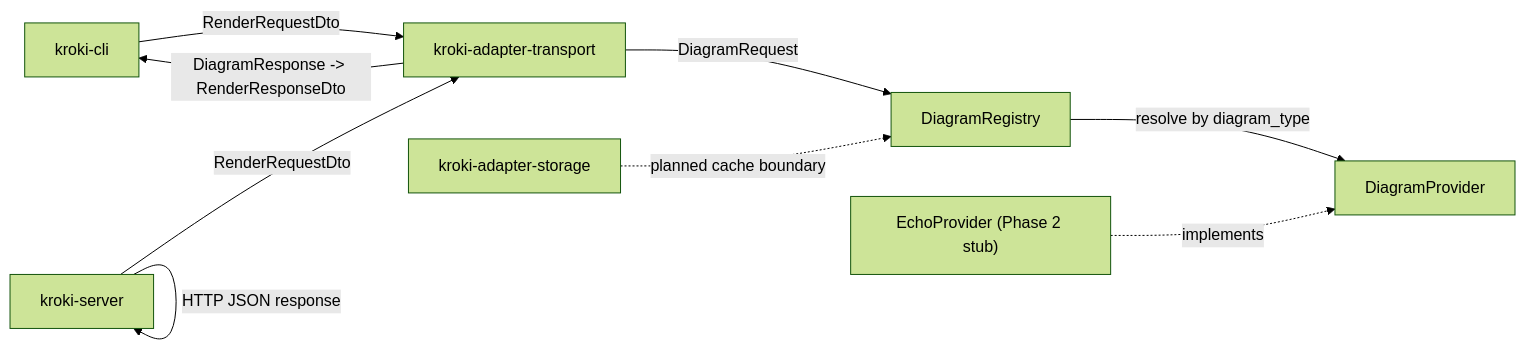
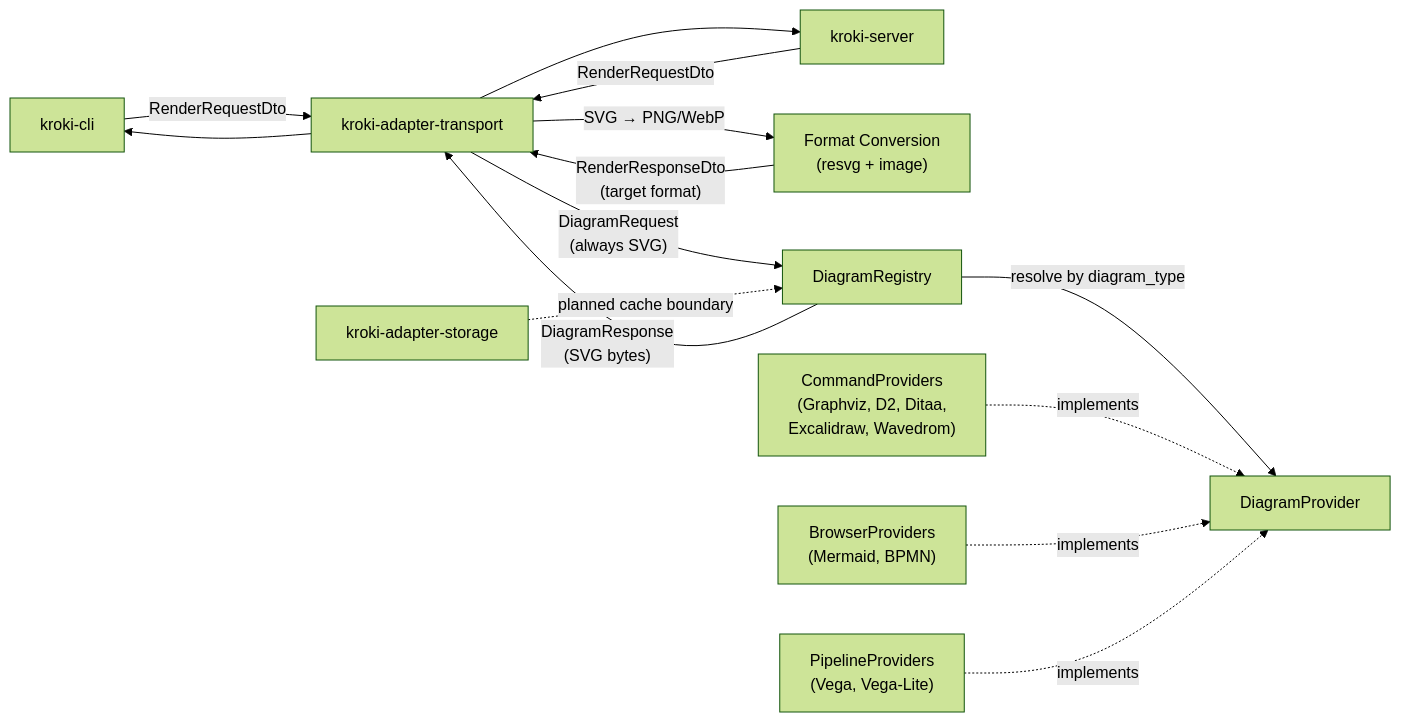
Before and after one commit to softmentor/kroki-rs-nxt: the second of 5 diagrams in docs/developer-guide/02-design/architecture.md, drawn with Mermaid (forest theme). The commit also changed other lines of this file and 7 other files, not shown here.

Commit message:
feat: Finalize Phase 3 with all core diagram providers, implement SVG to raster image conversion, and update developer and user guides.

````diff
--- a/docs/developer-guide/02-design/architecture.md
+++ b/docs/developer-guide/02-design/architecture.md
@@ -124,19 +128,27 @@
 ```mermaid
 flowchart LR
     CLI["kroki-cli"]
     SERVER["kroki-server"]
     TRANSPORT["kroki-adapter-transport"]
+    CONV["Format Conversion<br/>(resvg + image)"]
     STORAGE["kroki-adapter-storage"]
     REGISTRY["DiagramRegistry"]
     PROVIDER["DiagramProvider"]
-    ECHO["EchoProvider (Phase 2 stub)"]
+    CMD["CommandProviders<br/>(Graphviz, D2, Ditaa,<br/>Excalidraw, Wavedrom)"]
+    BROWSER["BrowserProviders<br/>(Mermaid, BPMN)"]
+    PIPELINE["PipelineProviders<br/>(Vega, Vega-Lite)"]
 
     CLI -->|"RenderRequestDto"| TRANSPORT
     SERVER -->|"RenderRequestDto"| TRANSPORT
-    TRANSPORT -->|"DiagramRequest"| REGISTRY
+    TRANSPORT -->|"DiagramRequest<br/>(always SVG)"| REGISTRY
     REGISTRY -->|"resolve by diagram_type"| PROVIDER
-    ECHO -.implements.-> PROVIDER
-    TRANSPORT -->|"DiagramResponse -> RenderResponseDto"| CLI
-    SERVER -->|"HTTP JSON response"| SERVER
+    CMD -.implements.-> PROVIDER
+    BROWSER -.implements.-> PROVIDER
+    PIPELINE -.implements.-> PROVIDER
+    REGISTRY -->|"DiagramResponse<br/>(SVG bytes)"| TRANSPORT
+    TRANSPORT -->|"SVG → PNG/WebP"| CONV
+    CONV -->|"RenderResponseDto<br/>(target format)"| TRANSPORT
+    TRANSPORT --> CLI
+    TRANSPORT --> SERVER
     STORAGE -.planned cache boundary.-> REGISTRY
 ```
````
